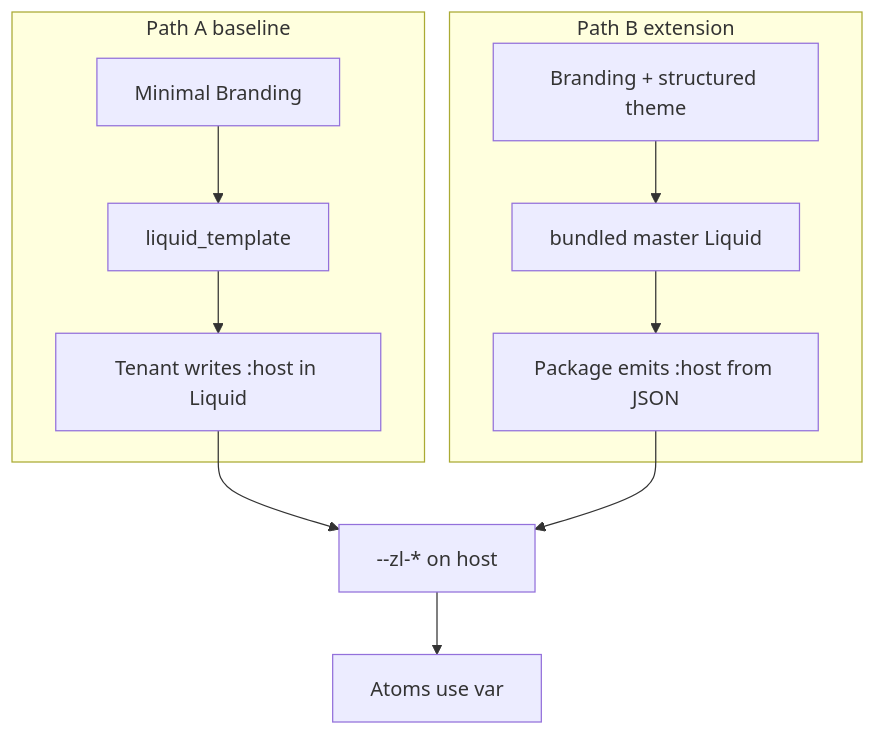
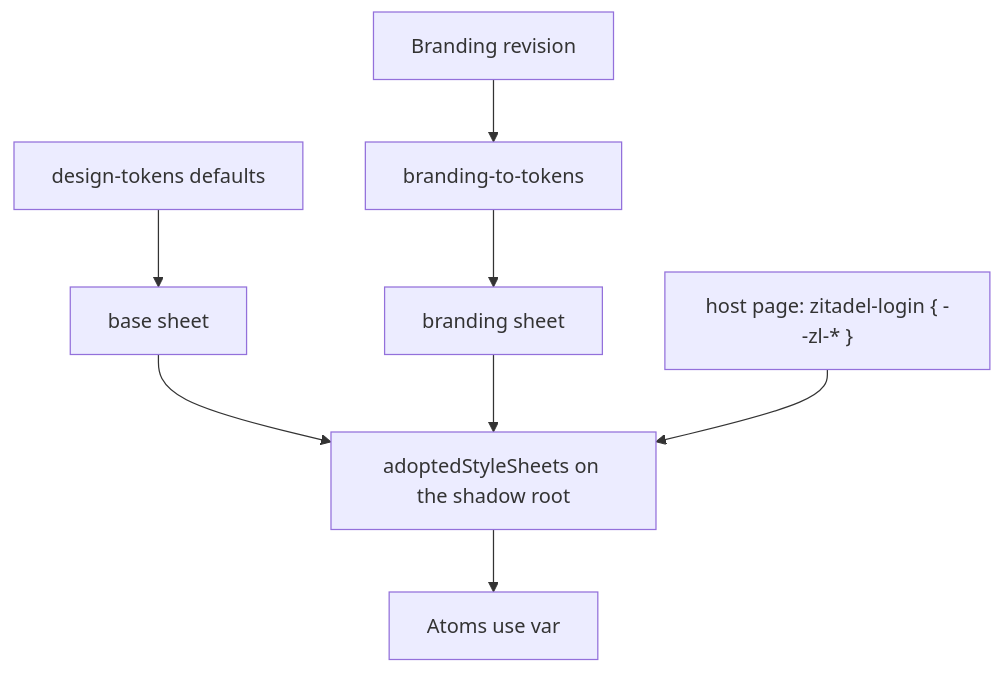
The diagram in docs/design/branding/tokens.md (zitadel/nextgen), drawn with Mermaid before and after one commit. The commit also changed other lines of this file and 3 other files, not shown here.

````diff
--- a/docs/design/branding/tokens.md
+++ b/docs/design/branding/tokens.md
@@ -13,14 +11,9 @@
 ```mermaid
 flowchart TB
-    subgraph pathA[Path A baseline]
-        A1[Minimal Branding] --> A2[liquid_template]
-        A2 --> A3["Tenant writes :host in Liquid"]
-    end
-    subgraph pathB[Path B extension]
-        B1[Branding + structured theme] --> B2[bundled master Liquid]
-        B2 --> B3["Package emits :host from JSON"]
-    end
-    A3 --> V["--zl-* on host"]
-    B3 --> V
-    V --> Z[Atoms use var]
+    D[design-tokens defaults] --> S1[base sheet]
+    B[Branding revision] --> T[branding-to-tokens] --> S2[branding sheet]
+    S1 --> R["adoptedStyleSheets on the shadow root"]
+    S2 --> R
+    H["host page: zitadel-login { --zl-* }"] --> R
+    R --> A[Atoms use var]
 ```
````
